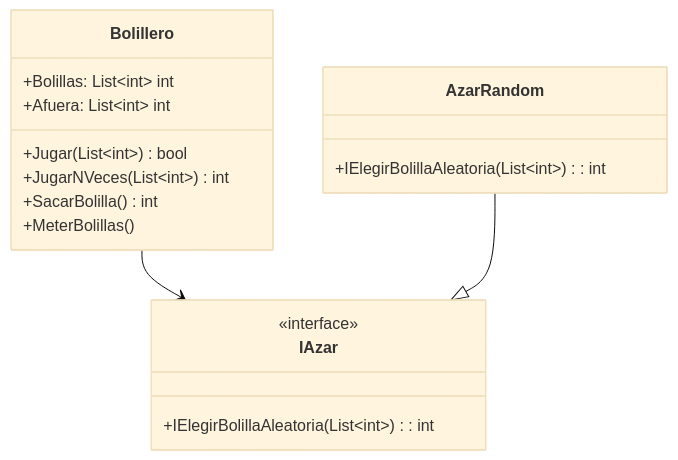
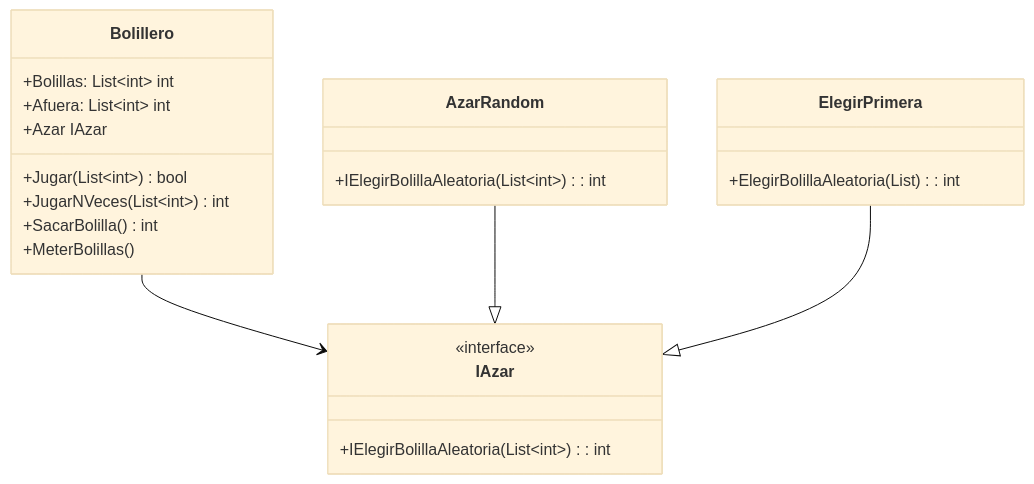
The diagram in docs/README.md (Lucia-Barcenas/TP-Bolillero), drawn with Mermaid (base theme) before and after one commit.

Commit message:
Modificación del diagrama

````diff
--- a/docs/README.md
+++ b/docs/README.md
@@ -3,22 +3,27 @@
 ```mermaid
 classDiagram
     class Bolillero{
         +Bolillas: List~int~ int
         +Afuera: List~int~ int
+        +Azar IAzar
         +Jugar(List~int~) bool
         +JugarNVeces (List~int~) int
         +SacarBolilla() int
         +MeterBolillas()
     }
     class IAzar{
         <<interface>>
         +IElegirBolillaAleatoria(List~int~): int
     }
     class AzarRandom{
         +IElegirBolillaAleatoria(List~int~): int
     }
+    class ElegirPrimera{
+        +ElegirBolillaAleatoria(List<int>): int
+    }
     Bolillero --> IAzar
     AzarRandom --|> IAzar
+    ElegirPrimera --|> IAzar
 
     
 ```
````
